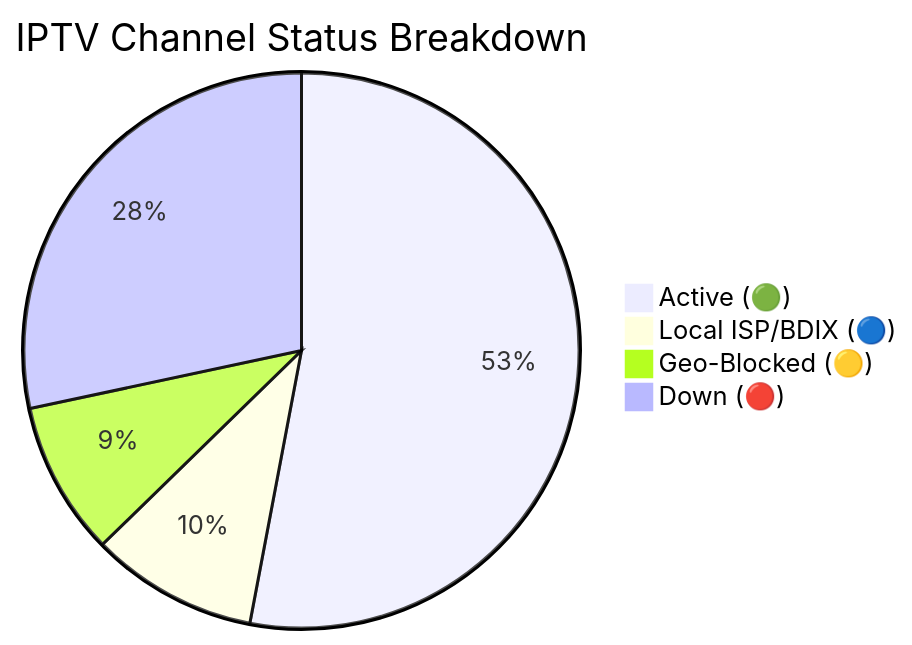
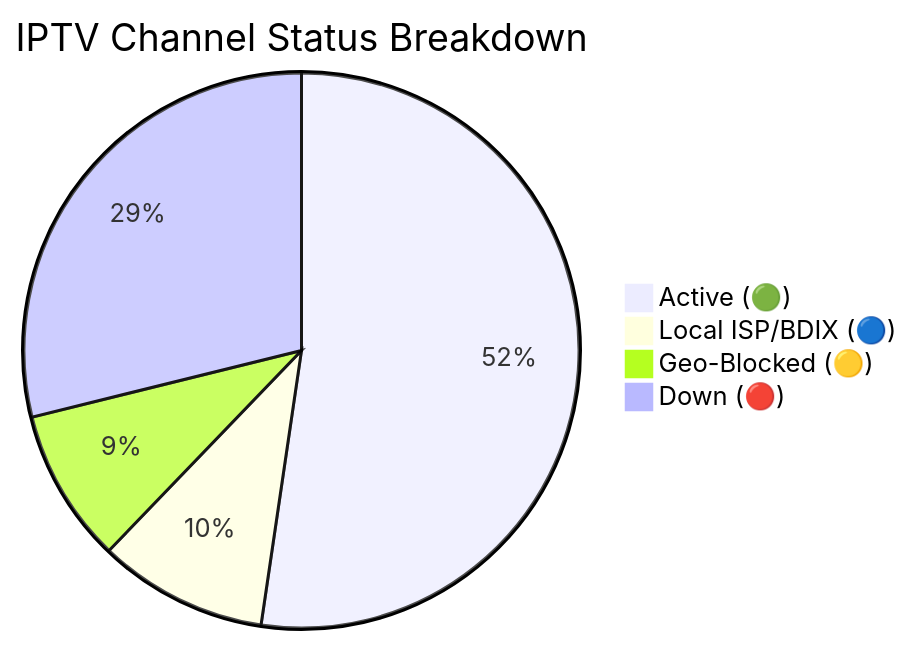
Before and after one commit to f6388600-ai/Web: the diagram in README.md, drawn with Mermaid. The commit also changed other lines of this file and 6 other files, not shown here.

````diff
--- a/README.md
+++ b/README.md
@@ -149,7 +149,7 @@
 ```mermaid
 pie title IPTV Channel Status Breakdown
-    "Active (🟢)" : 9070
-    "Local ISP/BDIX (🔵)" : 1665
-    "Geo-Blocked (🟡)" : 1531
-    "Down (🔴)" : 4854
+    "Active (🟢)" : 8987
+    "Local ISP/BDIX (🔵)" : 1694
+    "Geo-Blocked (🟡)" : 1537
+    "Down (🔴)" : 4956
 ```
````
